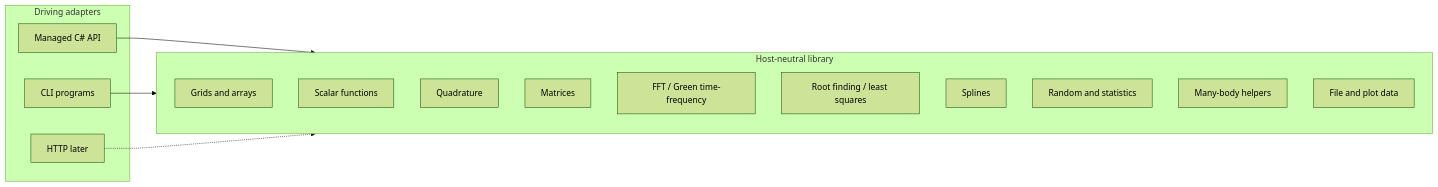
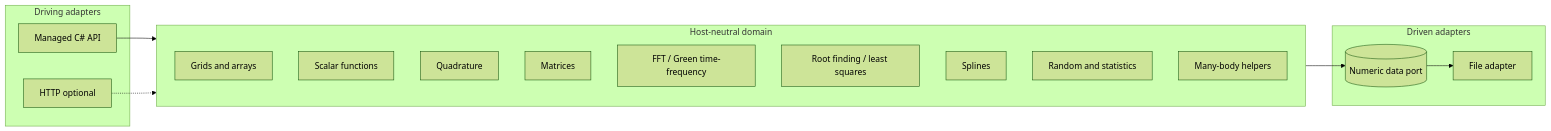
One commit to PhilipTeitel/sci-fortran-port changed the first of 2 diagrams in docs/DOMAIN.md. Above: the diagram before and after it, drawn with Mermaid (forest theme). The commit also changed other lines of this file and 22 other files, not shown here.

````diff
--- a/docs/DOMAIN.md
+++ b/docs/DOMAIN.md
@@ -69,23 +72,25 @@
 ```mermaid
 flowchart LR
-  subgraph adapters [Driving adapters]
+  subgraph driving [Driving adapters]
     ManagedAPI[Managed C# API]
-    CLI[CLI programs]
-    HTTP[HTTP later]
+    HTTP[HTTP optional]
   end
-  subgraph core [Host-neutral library]
+  subgraph core [Host-neutral domain]
     Grids[Grids and arrays]
     Funcs[Scalar functions]
     Quad[Quadrature]
     Mat[Matrices]
     Fft[FFT / Green time-frequency]
     Opt[Root finding / least squares]
     Spl[Splines]
     Rand[Random and statistics]
     Cond[Many-body helpers]
-    Io[File and plot data]
+  end
+  subgraph driven [Driven adapters]
+    DataPort[(Numeric data port)]
+    FileAdapter[File adapter]
   end
   ManagedAPI --> core
-  CLI --> core
   HTTP -.-> core
+  core --> DataPort --> FileAdapter
 ```
````
